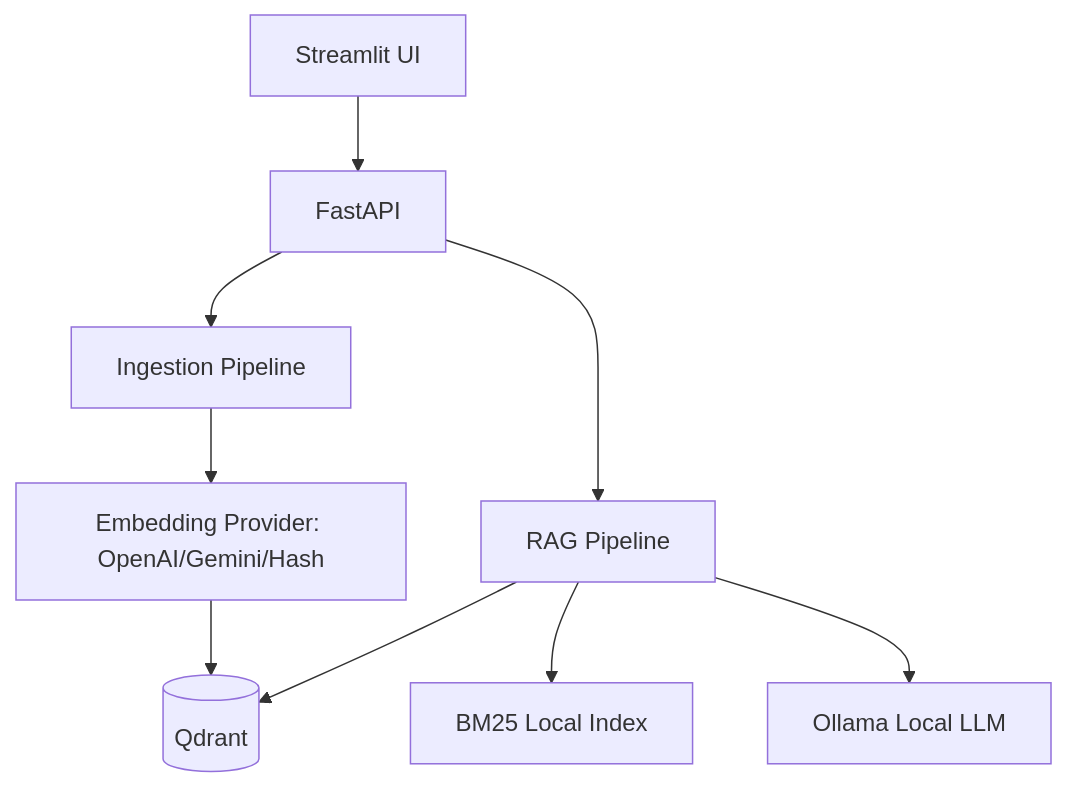
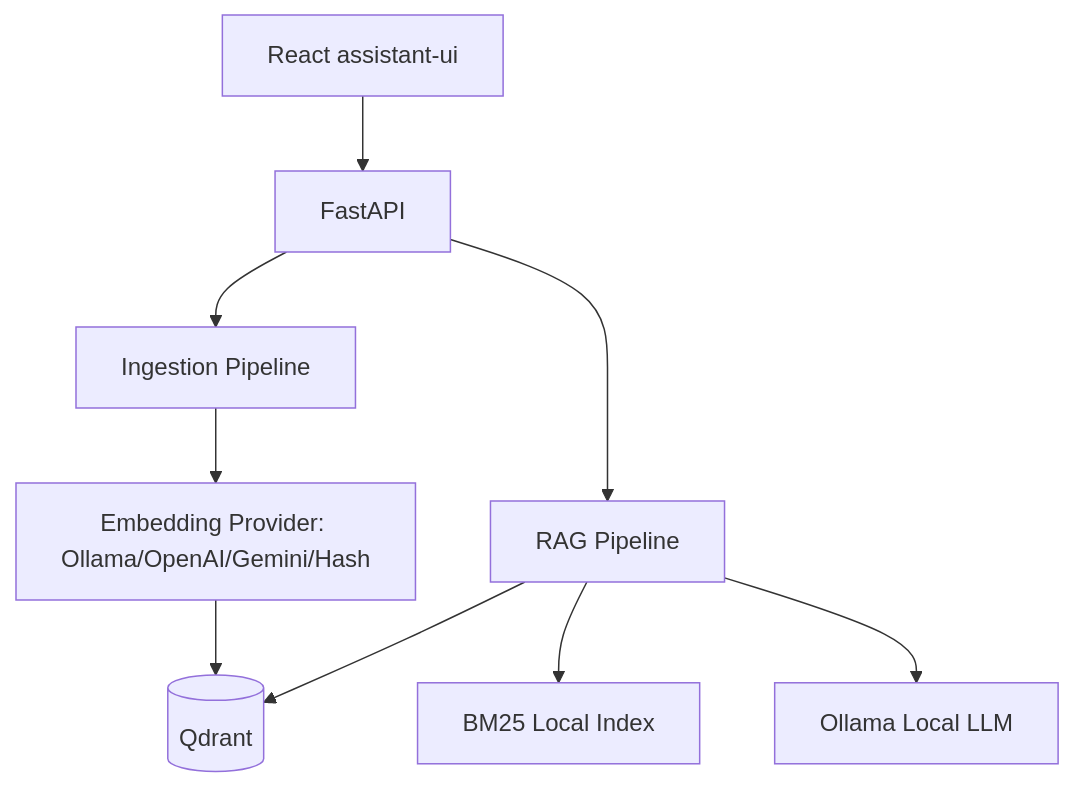
The diagram in README.md (CmKings173/AI-Knowlegde-Assistant), drawn with Mermaid before and after one commit. The commit also changed other lines of this file and 56 other files, not shown here.

````diff
--- a/README.md
+++ b/README.md
@@ -7,11 +8,11 @@
 ```mermaid
 flowchart TD
-    UI[Streamlit UI] --> API[FastAPI]
+    UI[React assistant-ui] --> API[FastAPI]
     API --> ING[Ingestion Pipeline]
     API --> RAG[RAG Pipeline]
-    ING --> EMB[Embedding Provider: OpenAI/Gemini/Hash]
+    ING --> EMB[Embedding Provider: Ollama/OpenAI/Gemini/Hash]
     EMB --> QD[(Qdrant)]
     RAG --> QD
     RAG --> LEX[BM25 Local Index]
     RAG --> LLM[Ollama Local LLM]
 ```
````
